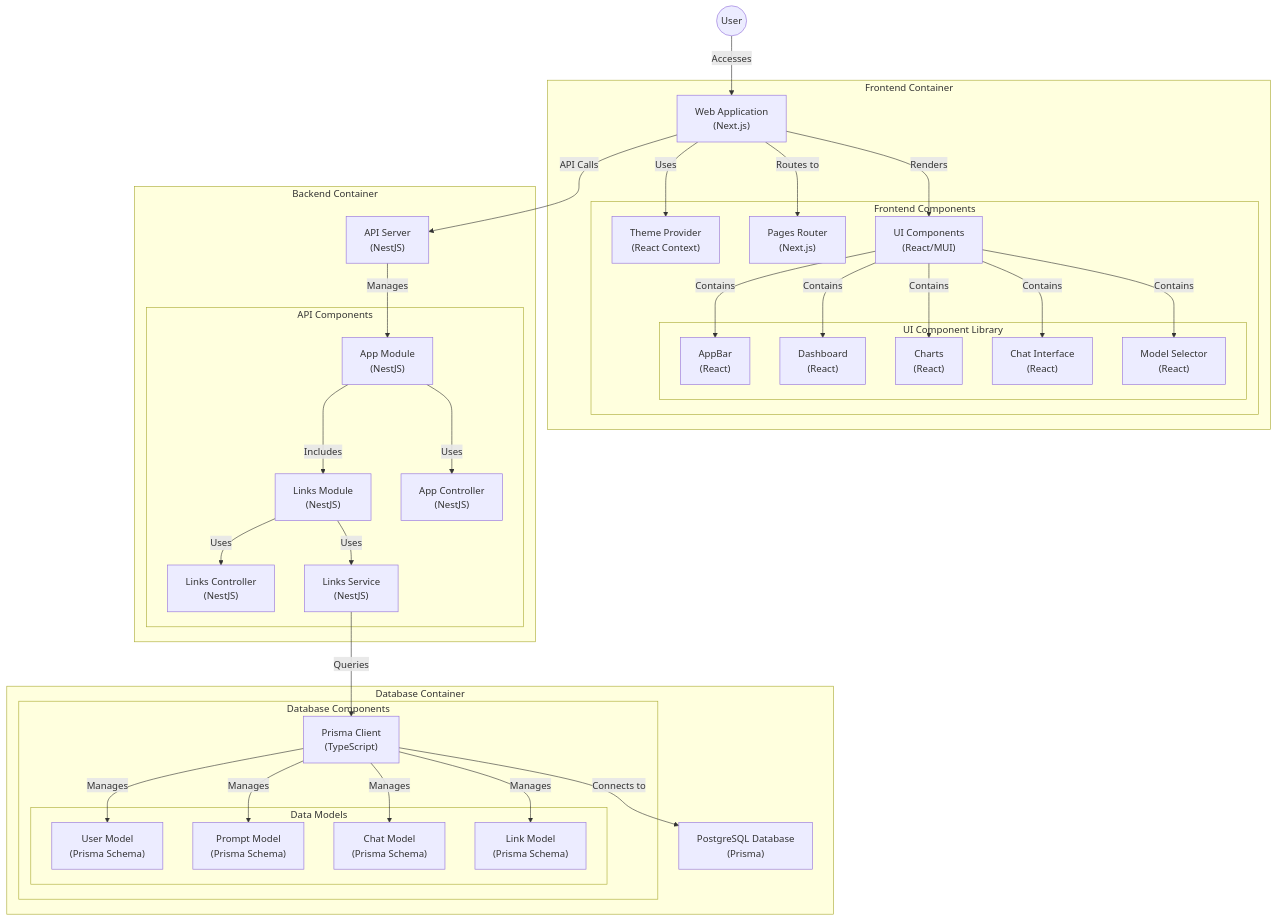
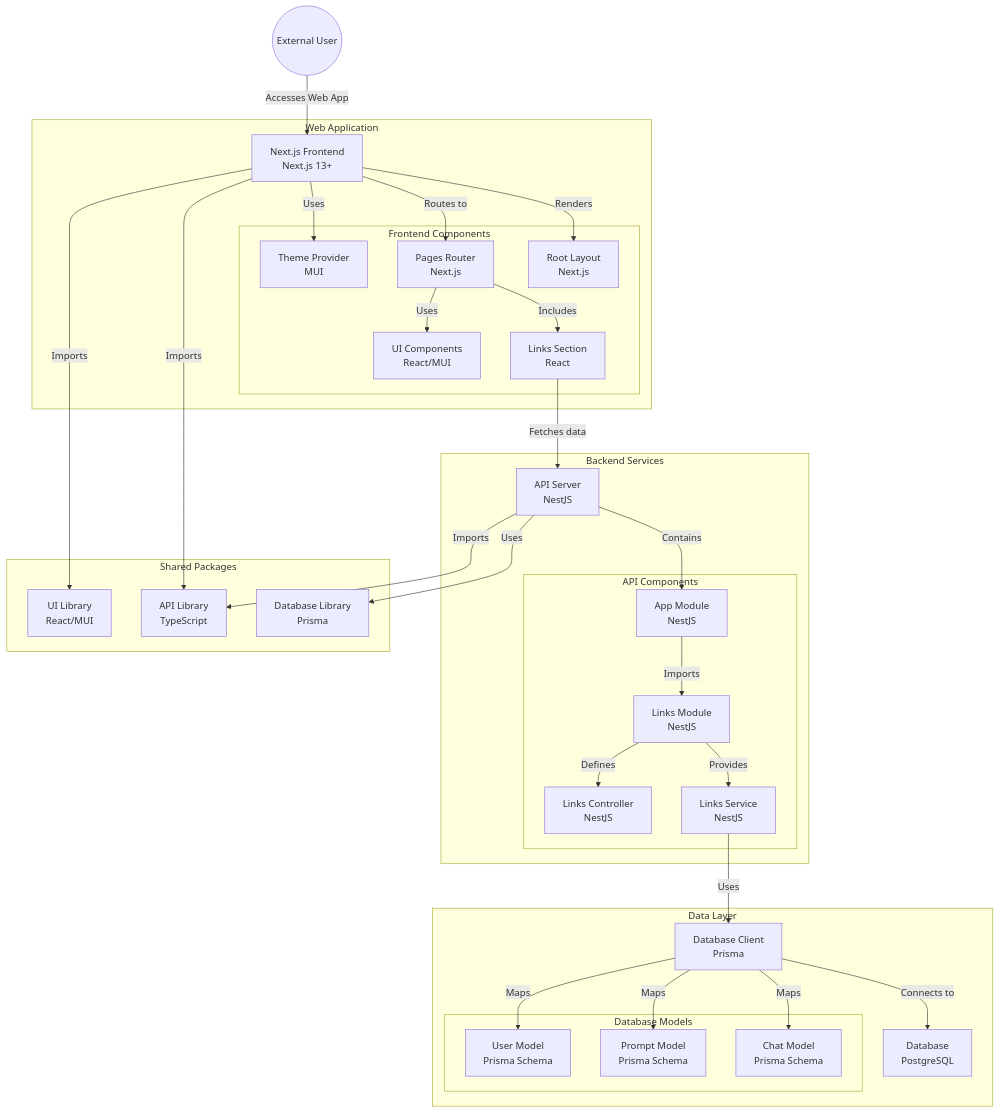
The second of 2 diagrams in README.md (ssdeanx/AcidBomb), drawn with Mermaid before and after one commit. The commit also changed 3 other files, not shown here.

First line of the commit message:
feat(docs): update system diagram and add new components

````diff
--- a/README.md
+++ b/README.md
@@ -230,80 +230,74 @@
 ```mermaid
 graph TB
-    User((User))
+    User((External User))
 
-    subgraph "Frontend Container"
-        WebApp["Web Application<br>(Next.js)"]
+    subgraph "Web Application"
+        NextApp["Next.js Frontend<br>Next.js 13+"]
 
         subgraph "Frontend Components"
-            ThemeProvider["Theme Provider<br>(React Context)"]
-            Pages["Pages Router<br>(Next.js)"]
-            UIComponents["UI Components<br>(React/MUI)"]
-
-            subgraph "UI Component Library"
-                AppBar["AppBar<br>(React)"]
-                Dashboard["Dashboard<br>(React)"]
-                Charts["Charts<br>(React)"]
-                Chat["Chat Interface<br>(React)"]
-                ModelSelector["Model Selector<br>(React)"]
-            end
+            ThemeProvider["Theme Provider<br>MUI"]
+            UIComponents["UI Components<br>React/MUI"]
+            Pages["Pages Router<br>Next.js"]
+            LayoutComponent["Root Layout<br>Next.js"]
+            LinksSection["Links Section<br>React"]
         end
     end
 
-    subgraph "Backend Container"
-        APIServer["API Server<br>(NestJS)"]
+    subgraph "Backend Services"
+        NestApp["API Server<br>NestJS"]
 
         subgraph "API Components"
-            AppModule["App Module<br>(NestJS)"]
-            LinksModule["Links Module<br>(NestJS)"]
-            AppController["App Controller<br>(NestJS)"]
-            LinksController["Links Controller<br>(NestJS)"]
-            LinksService["Links Service<br>(NestJS)"]
+            AppModule["App Module<br>NestJS"]
+            LinksModule["Links Module<br>NestJS"]
+            LinksController["Links Controller<br>NestJS"]
+            LinksService["Links Service<br>NestJS"]
         end
     end
 
-    subgraph "Database Container"
-        Database["PostgreSQL Database<br>(Prisma)"]
+    subgraph "Data Layer"
+        Database["Database<br>PostgreSQL"]
+        PrismaClient["Database Client<br>Prisma"]
 
-        subgraph "Database Components"
-            PrismaClient["Prisma Client<br>(TypeScript)"]
-
-            subgraph "Data Models"
-                UserModel["User Model<br>(Prisma Schema)"]
-                PromptModel["Prompt Model<br>(Prisma Schema)"]
-                ChatModel["Chat Model<br>(Prisma Schema)"]
-                LinkModel["Link Model<br>(Prisma Schema)"]
-            end
+        subgraph "Database Models"
+            UserModel["User Model<br>Prisma Schema"]
+            PromptModel["Prompt Model<br>Prisma Schema"]
+            ChatModel["Chat Model<br>Prisma Schema"]
         end
     end
 
-    %% User Interactions
-    User -->|"Accesses"| WebApp
+    subgraph "Shared Packages"
+        UILib["UI Library<br>React/MUI"]
+        APILib["API Library<br>TypeScript"]
+        DatabaseLib["Database Library<br>Prisma"]
+    end
 
-    %% Frontend Relationships
-    WebApp -->|"Uses"| ThemeProvider
-    WebApp -->|"Routes to"| Pages
-    WebApp -->|"Renders"| UIComponents
-    UIComponents -->|"Contains"| AppBar
-    UIComponents -->|"Contains"| Dashboard
-    UIComponents -->|"Contains"| Charts
-    UIComponents -->|"Contains"| Chat
-    UIComponents -->|"Contains"| ModelSelector
+    %% User interactions
+    User -->|"Accesses Web App"| NextApp
 
-    %% Frontend to Backend
-    WebApp -->|"API Calls"| APIServer
+    %% Frontend relationships
+    NextApp -->|"Uses"| ThemeProvider
+    NextApp -->|"Renders"| LayoutComponent
+    NextApp -->|"Routes to"| Pages
+    Pages -->|"Uses"| UIComponents
+    Pages -->|"Includes"| LinksSection
+    LinksSection -->|"Fetches data"| NestApp
 
-    %% Backend Component Relationships
-    APIServer -->|"Manages"| AppModule
-    AppModule -->|"Includes"| LinksModule
-    LinksModule -->|"Uses"| LinksController
-    LinksModule -->|"Uses"| LinksService
-    AppModule -->|"Uses"| AppController
+    %% Backend relationships
+    NestApp -->|"Contains"| AppModule
+    AppModule -->|"Imports"| LinksModule
+    LinksModule -->|"Defines"| LinksController
+    LinksModule -->|"Provides"| LinksService
+    LinksService -->|"Uses"| PrismaClient
 
-    %% Backend to Database
-    LinksService -->|"Queries"| PrismaClient
-    PrismaClient -->|"Manages"| UserModel
-    PrismaClient -->|"Manages"| PromptModel
-    PrismaClient -->|"Manages"| ChatModel
-    PrismaClient -->|"Manages"| LinkModel
+    %% Database relationships
     PrismaClient -->|"Connects to"| Database
+    PrismaClient -->|"Maps"| UserModel
+    PrismaClient -->|"Maps"| PromptModel
+    PrismaClient -->|"Maps"| ChatModel
+
+    %% Shared package relationships
+    NextApp -->|"Imports"| UILib
+    NextApp -->|"Imports"| APILib
+    NestApp -->|"Imports"| APILib
+    NestApp -->|"Uses"| DatabaseLib
 ```
````
